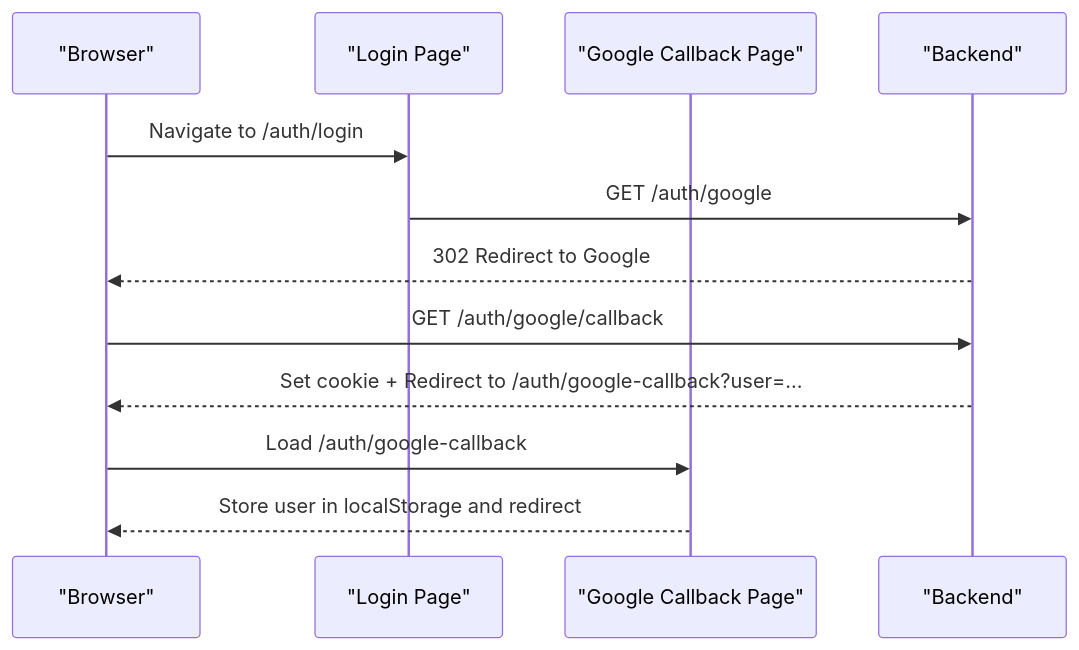
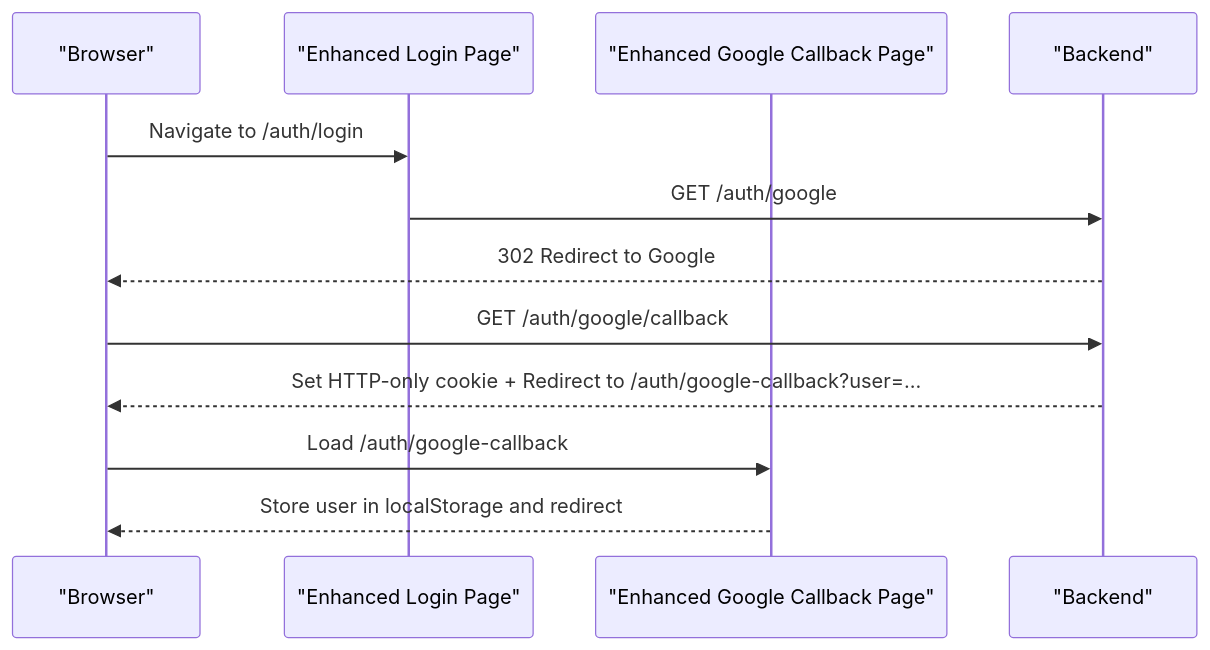
The sixth of 7 diagrams in .qoder/repowiki/en/content/Backend Architecture/Authentication System/Google OAuth Integration.md (devonxjz/MissLost), drawn with Mermaid before and after one commit. The commit also changed other lines of this file and 12 other files, not shown here.

````diff
--- a/.qoder/repowiki/en/content/Backend Architecture/Authentication System/Google OAuth Integration.md
+++ b/.qoder/repowiki/en/content/Backend Architecture/Authentication System/Google OAuth Integration.md
@@ -241,14 +257,14 @@
 ```mermaid
 sequenceDiagram
 participant Browser as "Browser"
-participant FE_Login as "Login Page"
-participant FE_Callback as "Google Callback Page"
+participant FE_Login as "Enhanced Login Page"
+participant FE_Callback as "Enhanced Google Callback Page"
 participant BE as "Backend"
 Browser->>FE_Login : Navigate to /auth/login
 FE_Login->>BE : GET /auth/google
 BE-->>Browser : 302 Redirect to Google
 Browser->>BE : GET /auth/google/callback
-BE-->>Browser : Set cookie + Redirect to /auth/google-callback?user=...
+BE-->>Browser : Set HTTP-only cookie + Redirect to /auth/google-callback?user=...
 Browser->>FE_Callback : Load /auth/google-callback
 FE_Callback-->>Browser : Store user in localStorage and redirect
 ```
````
